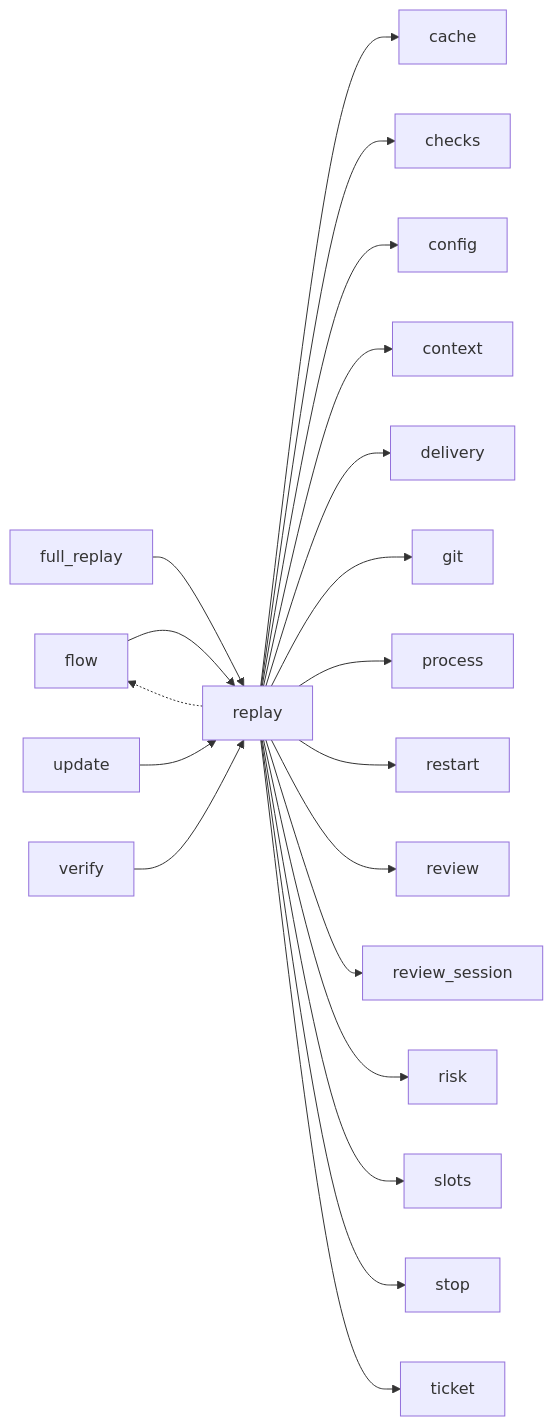
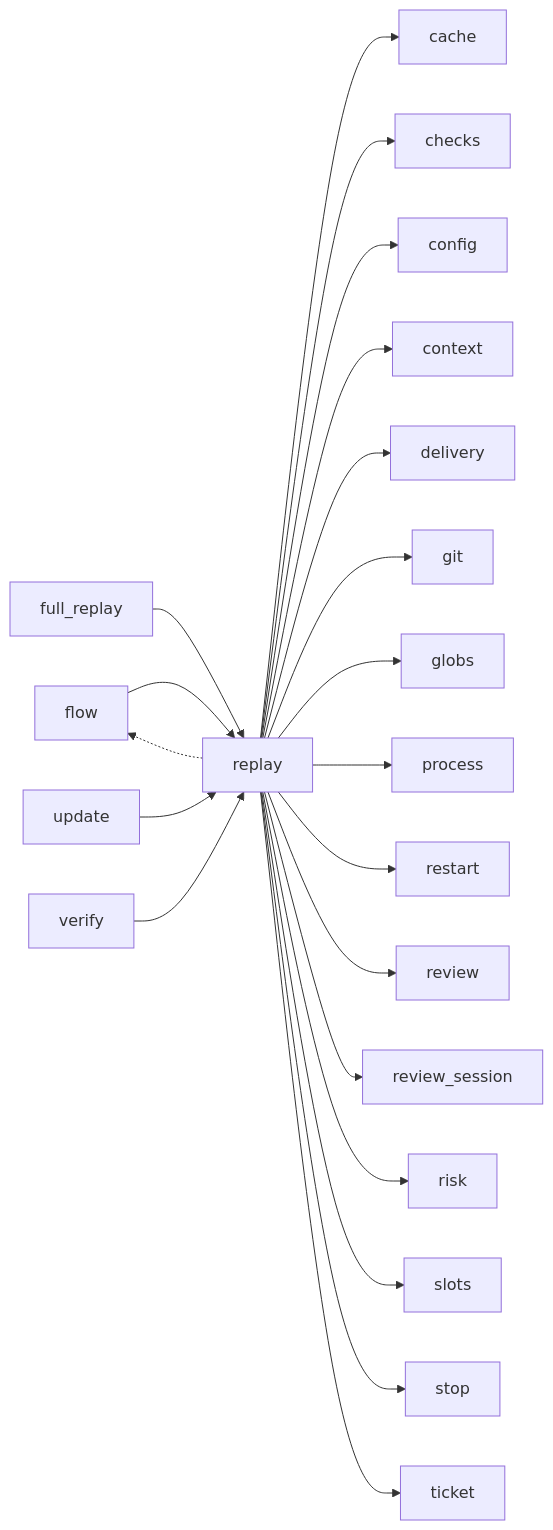
The third of 3 diagrams in docs/architecture/modules/replay.md (plaplanche/ariane), drawn with Mermaid before and after one commit. The commit also changed 42 other files, not shown here.

````diff
--- a/docs/architecture/modules/replay.md
+++ b/docs/architecture/modules/replay.md
@@ -90,22 +90,23 @@
 ```mermaid
 flowchart LR
   flow --> replay
   full_replay --> replay
   replay --> cache
   replay --> checks
   replay --> config
   replay --> context
   replay --> delivery
   replay -.-> flow
   replay --> git
+  replay --> globs
   replay --> process
   replay --> restart
   replay --> review
   replay --> review_session
   replay --> risk
   replay --> slots
   replay --> stop
   replay --> ticket
   update --> replay
   verify --> replay
 ```
````
